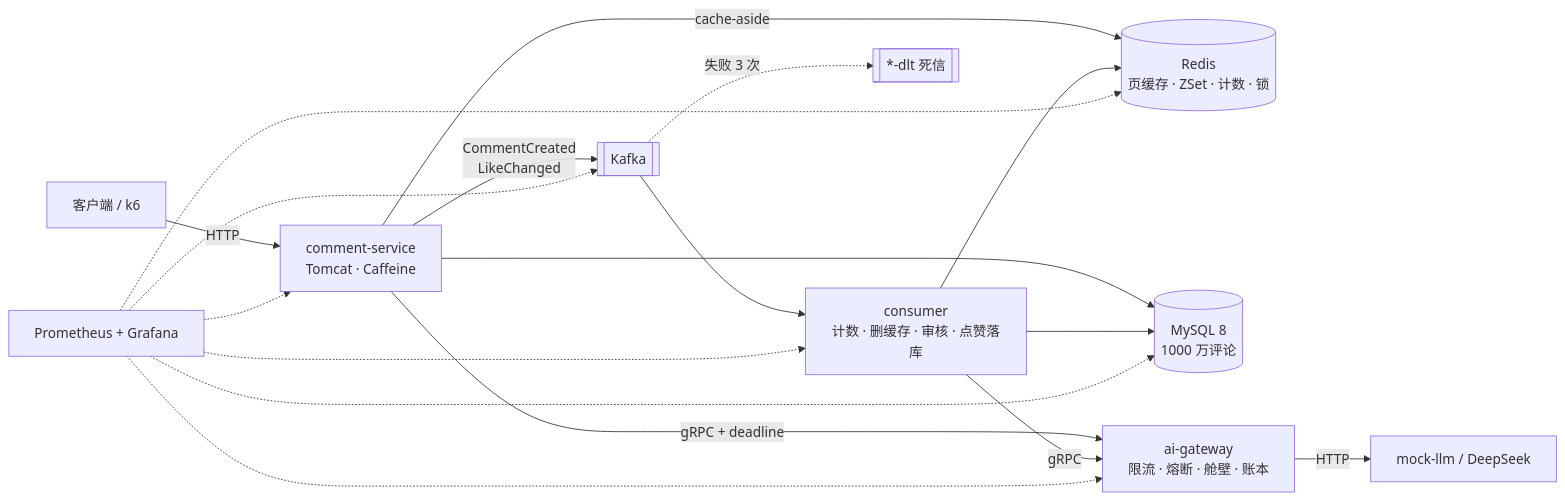
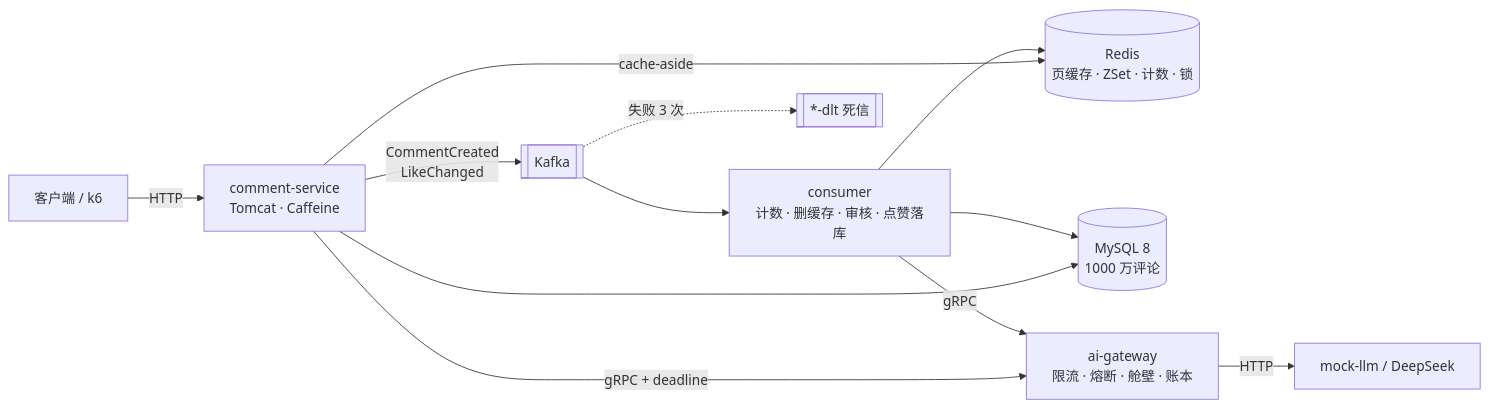
One commit to Mist-wu/comment-hub changed the diagram in README.md. Above: the diagram before and after it, drawn with Mermaid. The commit also changed other lines of this file, not shown here.

````diff
--- a/README.md
+++ b/README.md
@@ -9,15 +9,14 @@
 ```mermaid
 flowchart LR
     C[客户端 / k6] -->|HTTP| CS[comment-service<br/>Tomcat · Caffeine]
     CS -->|cache-aside| R[(Redis<br/>页缓存 · ZSet · 计数 · 锁)]
     CS --> M[(MySQL 8<br/>1000 万评论)]
     CS -->|gRPC + deadline| GW[ai-gateway<br/>限流 · 熔断 · 舱壁 · 账本]
     GW -->|HTTP| LLM[mock-llm / DeepSeek]
     CS -->|CommentCreated<br/>LikeChanged| K[[Kafka]]
     K --> CO[consumer<br/>计数 · 删缓存 · 审核 · 点赞落库]
     CO --> M
     CO --> R
     CO -->|gRPC| GW
     K -.->|失败 3 次| DLT[[*-dlt 死信]]
-    P[Prometheus + Grafana] -.-> CS & GW & CO & M & R & K
 ```
````
